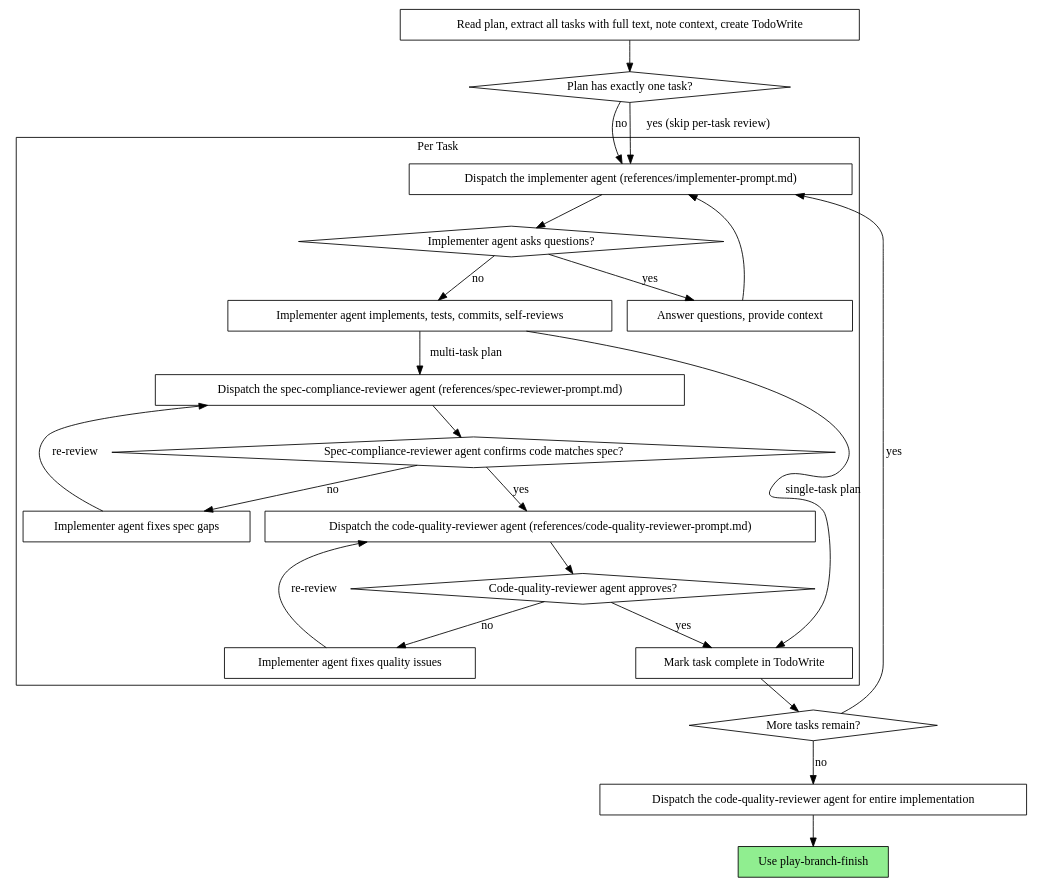
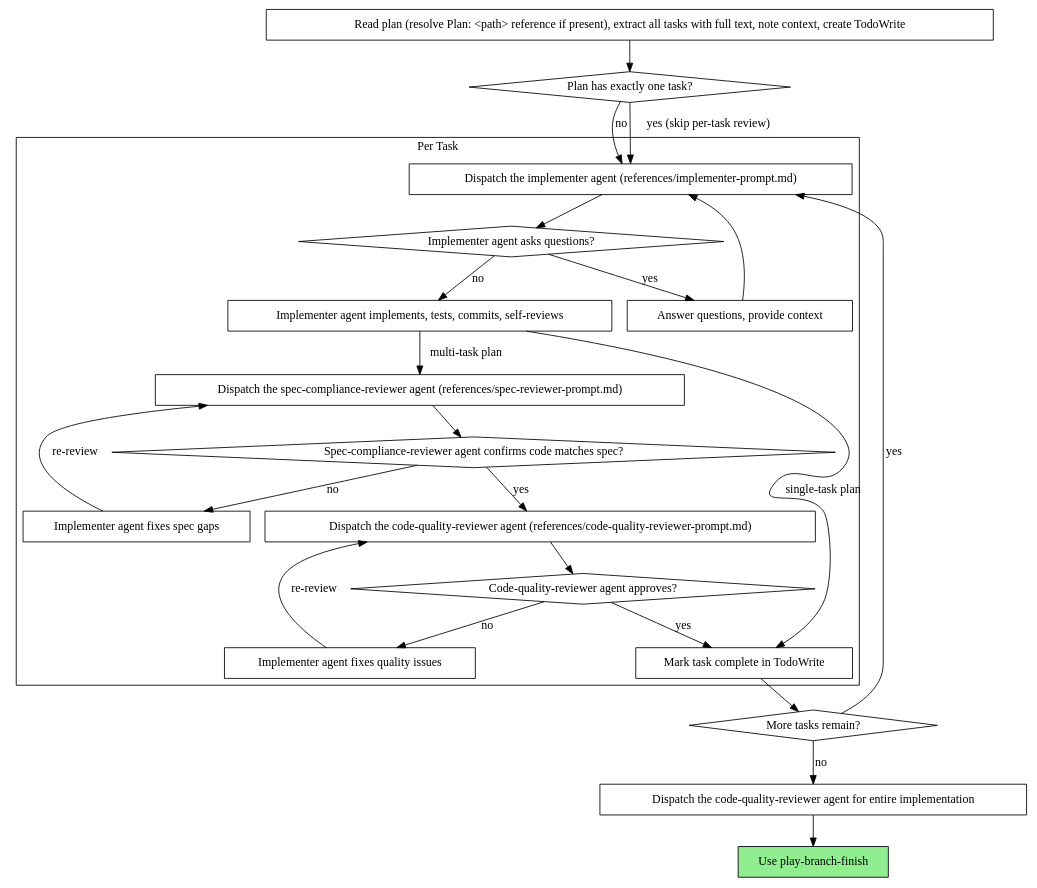
Before and after one commit to ryumiel/devcanon: the second of 2 diagrams in skills/play-subagent-execution/SKILL.md, drawn with Graphviz. The commit also changed other lines of this file, not shown here.

First line of the commit message:
refactor(skills): accept plan path in play-subagent-execution

````diff
--- a/skills/play-subagent-execution/SKILL.md
+++ b/skills/play-subagent-execution/SKILL.md
@@ -43,48 +90,48 @@
 ```dot
 digraph process {
     rankdir=TB;
 
     subgraph cluster_per_task {
         label="Per Task";
         "Dispatch the implementer agent (references/implementer-prompt.md)" [shape=box];
         "Implementer agent asks questions?" [shape=diamond];
         "Answer questions, provide context" [shape=box];
         "Implementer agent implements, tests, commits, self-reviews" [shape=box];
         "Dispatch the spec-compliance-reviewer agent (references/spec-reviewer-prompt.md)" [shape=box];
         "Spec-compliance-reviewer agent confirms code matches spec?" [shape=diamond];
         "Implementer agent fixes spec gaps" [shape=box];
         "Dispatch the code-quality-reviewer agent (references/code-quality-reviewer-prompt.md)" [shape=box];
         "Code-quality-reviewer agent approves?" [shape=diamond];
         "Implementer agent fixes quality issues" [shape=box];
         "Mark task complete in TodoWrite" [shape=box];
     }
 
-    "Read plan, extract all tasks with full text, note context, create TodoWrite" [shape=box];
+    "Read plan (resolve Plan: <path> reference if present), extract all tasks with full text, note context, create TodoWrite" [shape=box];
     "Plan has exactly one task?" [shape=diamond];
     "More tasks remain?" [shape=diamond];
     "Dispatch the code-quality-reviewer agent for entire implementation" [shape=box];
     "Use play-branch-finish" [shape=box style=filled fillcolor=lightgreen];
 
-    "Read plan, extract all tasks with full text, note context, create TodoWrite" -> "Plan has exactly one task?";
+    "Read plan (resolve Plan: <path> reference if present), extract all tasks with full text, note context, create TodoWrite" -> "Plan has exactly one task?";
     "Plan has exactly one task?" -> "Dispatch the implementer agent (references/implementer-prompt.md)" [label="no"];
     "Plan has exactly one task?" -> "Dispatch the implementer agent (references/implementer-prompt.md)" [label="yes (skip per-task review)"];
     "Dispatch the implementer agent (references/implementer-prompt.md)" -> "Implementer agent asks questions?";
     "Implementer agent asks questions?" -> "Answer questions, provide context" [label="yes"];
     "Answer questions, provide context" -> "Dispatch the implementer agent (references/implementer-prompt.md)";
     "Implementer agent asks questions?" -> "Implementer agent implements, tests, commits, self-reviews" [label="no"];
     "Implementer agent implements, tests, commits, self-reviews" -> "Mark task complete in TodoWrite" [label="single-task plan"];
     "Implementer agent implements, tests, commits, self-reviews" -> "Dispatch the spec-compliance-reviewer agent (references/spec-reviewer-prompt.md)" [label="multi-task plan"];
     "Dispatch the spec-compliance-reviewer agent (references/spec-reviewer-prompt.md)" -> "Spec-compliance-reviewer agent confirms code matches spec?";
     "Spec-compliance-reviewer agent confirms code matches spec?" -> "Implementer agent fixes spec gaps" [label="no"];
     "Implementer agent fixes spec gaps" -> "Dispatch the spec-compliance-reviewer agent (references/spec-reviewer-prompt.md)" [label="re-review"];
     "Spec-compliance-reviewer agent confirms code matches spec?" -> "Dispatch the code-quality-reviewer agent (references/code-quality-reviewer-prompt.md)" [label="yes"];
     "Dispatch the code-quality-reviewer agent (references/code-quality-reviewer-prompt.md)" -> "Code-quality-reviewer agent approves?";
     "Code-quality-reviewer agent approves?" -> "Implementer agent fixes quality issues" [label="no"];
     "Implementer agent fixes quality issues" -> "Dispatch the code-quality-reviewer agent (references/code-quality-reviewer-prompt.md)" [label="re-review"];
     "Code-quality-reviewer agent approves?" -> "Mark task complete in TodoWrite" [label="yes"];
     "Mark task complete in TodoWrite" -> "More tasks remain?";
     "More tasks remain?" -> "Dispatch the implementer agent (references/implementer-prompt.md)" [label="yes"];
     "More tasks remain?" -> "Dispatch the code-quality-reviewer agent for entire implementation" [label="no"];
     "Dispatch the code-quality-reviewer agent for entire implementation" -> "Use play-branch-finish";
 }
 ```
````
